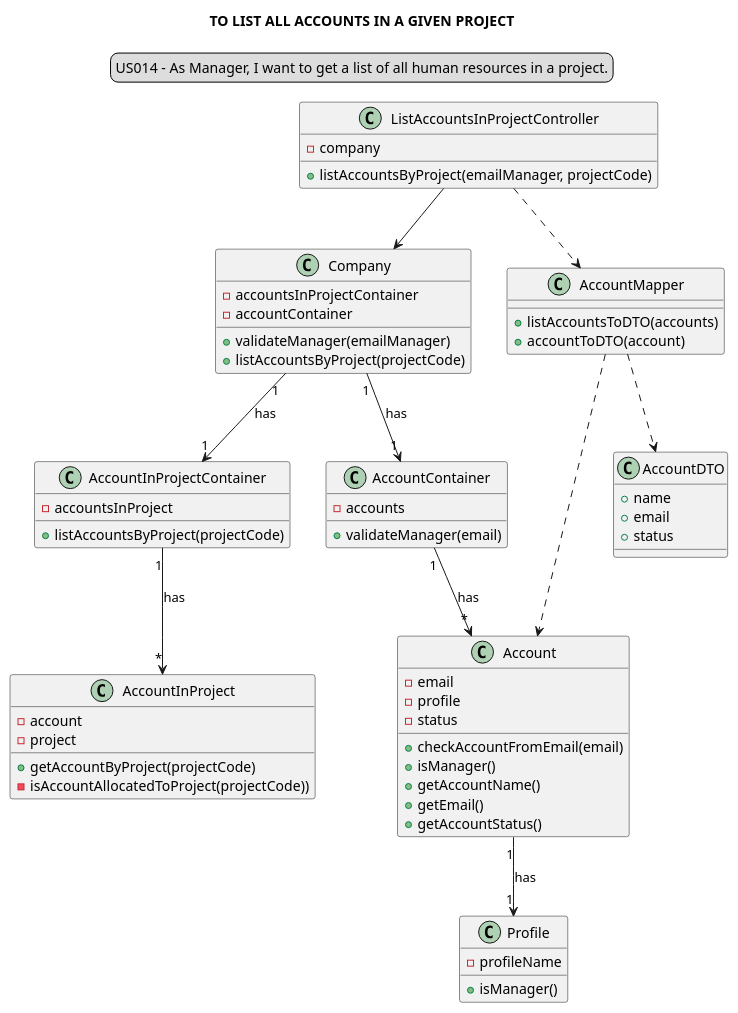
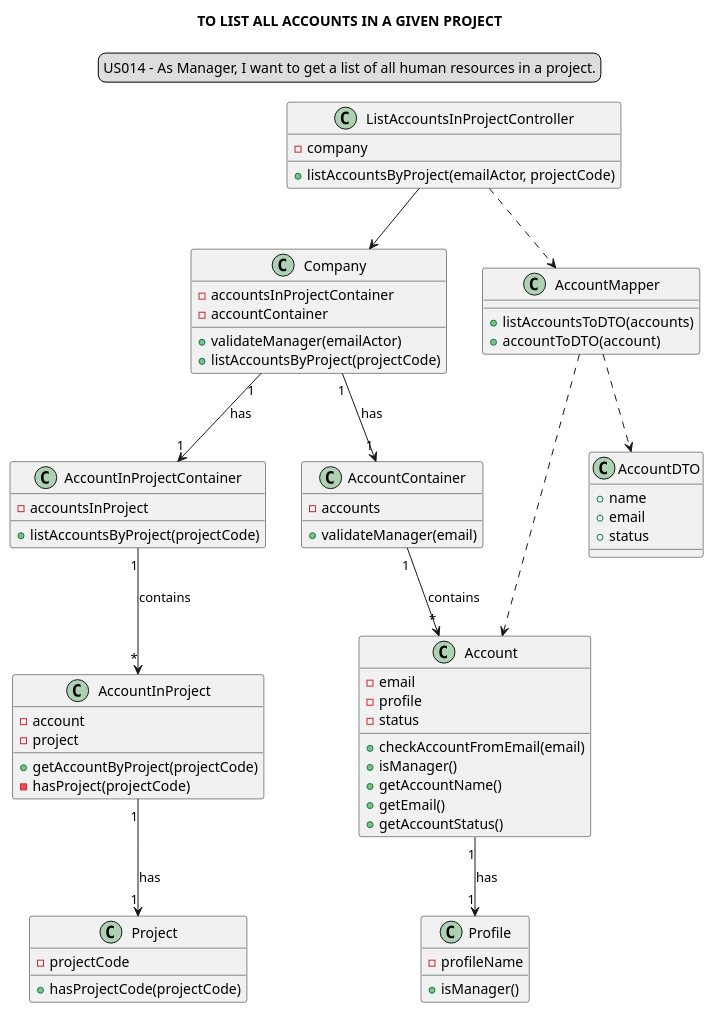
One commit to Loracline/project_switch_22-23 changed the diagram in docs/modelling_design/user_stories/sprint02/us014/US014_classDiagram.puml. Above: the diagram before and after it, drawn with PlantUML. The commit also changed 19 other files, not shown here.

First line of the commit message:
US014: Development: Code refinement. US014:  Design : Refinement of Sequence Diagram	and Class Diagram.

```diff
--- a/docs/modelling_design/user_stories/sprint02/us014/US014_classDiagram.puml
+++ b/docs/modelling_design/user_stories/sprint02/us014/US014_classDiagram.puml
@@ -1,72 +1,78 @@
 @startuml
 skinparam sequenceMessageAlign center
 title TO LIST ALL ACCOUNTS IN A GIVEN PROJECT
 legend top
 US014 - As Manager, I want to get a list of all human resources in a project.
 end legend
 class "ListAccountsInProjectController" {
 -company
-+listAccountsByProject(emailManager, projectCode)
++listAccountsByProject(emailActor, projectCode)
 }
 
 class "Company"{
 -accountsInProjectContainer
 -accountContainer
-+validateManager(emailManager)
++validateManager(emailActor)
 +listAccountsByProject(projectCode)
 }
 
 class "AccountInProjectContainer"{
 -accountsInProject
 +listAccountsByProject(projectCode)
 }
 
 class "AccountInProject"{
 -account
 -project
 +getAccountByProject(projectCode)
--isAccountAllocatedToProject(projectCode))
+-hasProject(projectCode)
 }
 
 class "AccountContainer" {
 -accounts
 +validateManager(email)
 }
 
 class "Account" {
 -email
 -profile
 -status
 +checkAccountFromEmail(email)
 +isManager()
 +getAccountName()
 +getEmail()
 +getAccountStatus()
 }
 
 class "Profile"{
 -profileName
 +isManager()
 }
 
 class "AccountMapper"{
 +listAccountsToDTO(accounts)
 +accountToDTO(account)
 }
 
 class "AccountDTO"{
 +name
 +email
 +status
 }
 
+class "Project"{
+-projectCode
++hasProjectCode(projectCode)
+}
+
 "ListAccountsInProjectController" --> "Company"
 "ListAccountsInProjectController" ..> "AccountMapper"
 "Company" "1"-->"1" "AccountInProjectContainer": has
 "Company" "1" --> "1" "AccountContainer": has
-"AccountContainer" "1" --> "*" "Account": has
+"AccountContainer" "1" --> "*" "Account": contains
 "Account" "1" --> "1""Profile": has
 "AccountMapper" ..> "AccountDTO"
-"AccountInProjectContainer" "1" --> "*" "AccountInProject": has
+"AccountInProjectContainer" "1" --> "*" "AccountInProject": contains
 "AccountMapper"..>"Account"
+"AccountInProject" "1"-->"1" "Project": has
 @enduml
```
